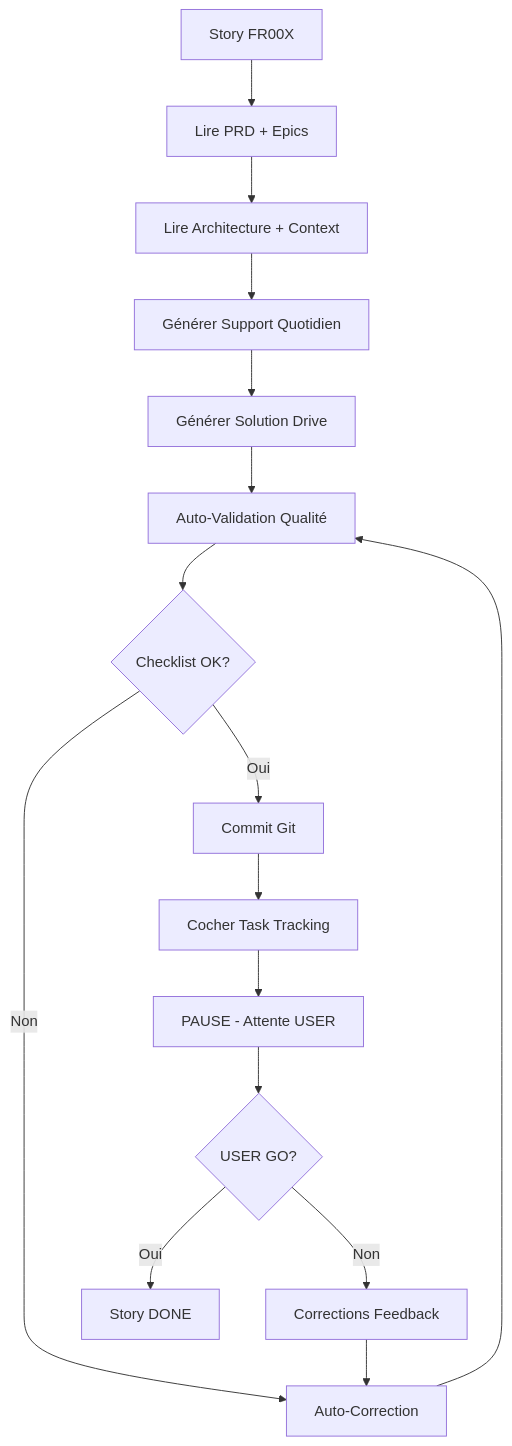
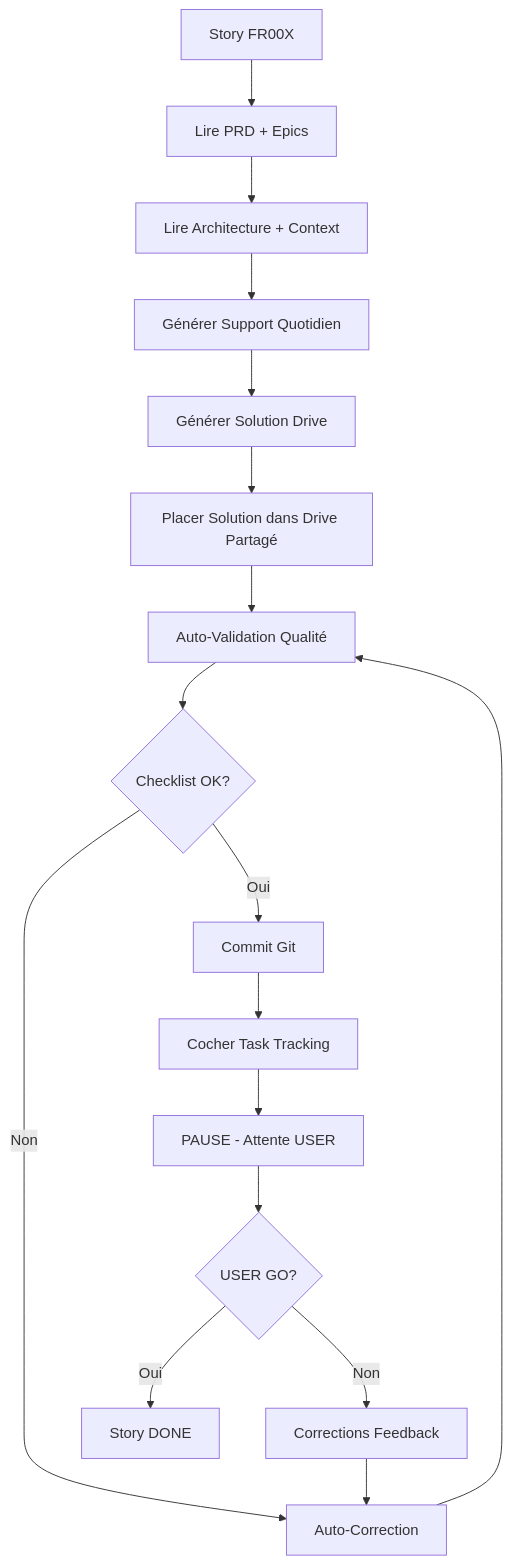
Before and after one commit to mounirelouali/net-mod-legacy-formation: the second of 2 diagrams in .bmad/04_PROJECT_CONTEXT.md, drawn with Mermaid. The commit also changed other lines of this file and 2 other files, not shown here.

````diff
--- a/.bmad/04_PROJECT_CONTEXT.md
+++ b/.bmad/04_PROJECT_CONTEXT.md
@@ -427,18 +451,19 @@
 ```mermaid
 graph TD
     A[Story FR00X] --> B[Lire PRD + Epics]
     B --> C[Lire Architecture + Context]
     C --> D[Générer Support Quotidien]
     D --> E[Générer Solution Drive]
-    E --> F[Auto-Validation Qualité]
-    F --> G{Checklist OK?}
-    G -->|Non| H[Auto-Correction]
-    H --> F
-    G -->|Oui| I[Commit Git]
-    I --> J[Cocher Task Tracking]
-    J --> K[PAUSE - Attente USER]
-    K --> L{USER GO?}
-    L -->|Non| M[Corrections Feedback]
-    M --> H
-    L -->|Oui| N[Story DONE]
+    E --> F[Placer Solution dans Drive Partagé]
+    F --> G[Auto-Validation Qualité]
+    G --> H{Checklist OK?}
+    H -->|Non| I[Auto-Correction]
+    I --> G
+    H -->|Oui| J[Commit Git]
+    J --> K[Cocher Task Tracking]
+    K --> L[PAUSE - Attente USER]
+    L --> M{USER GO?}
+    M -->|Non| N[Corrections Feedback]
+    N --> I
+    M -->|Oui| O[Story DONE]
 ```
````
